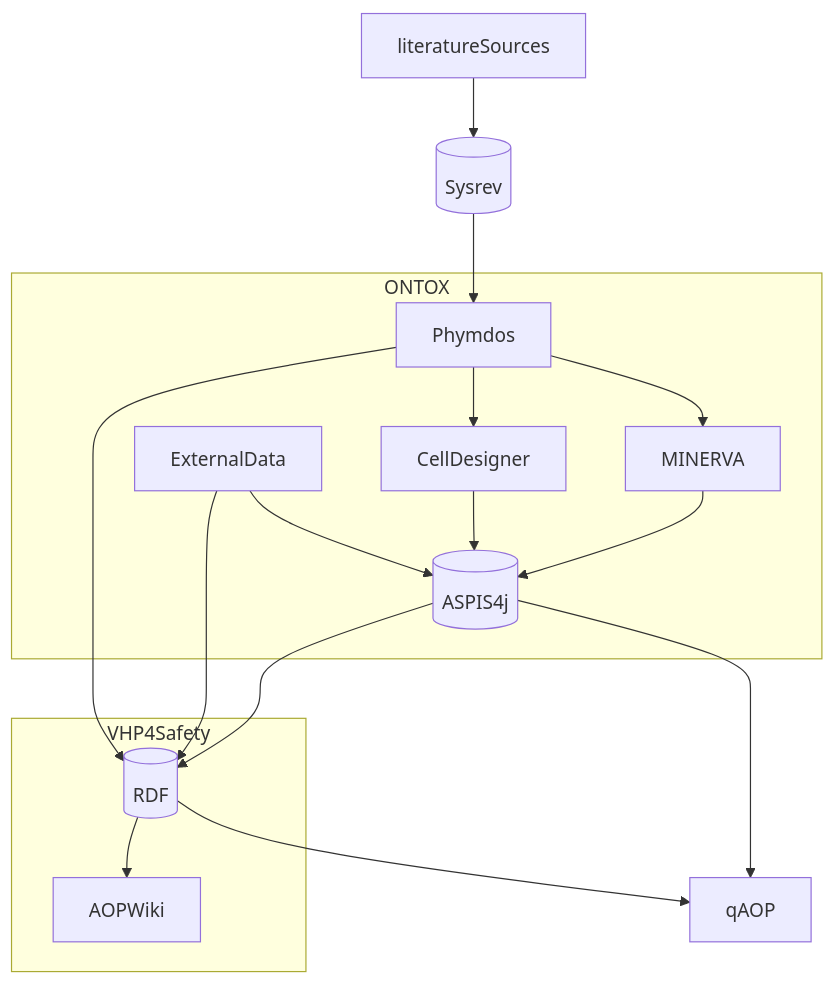
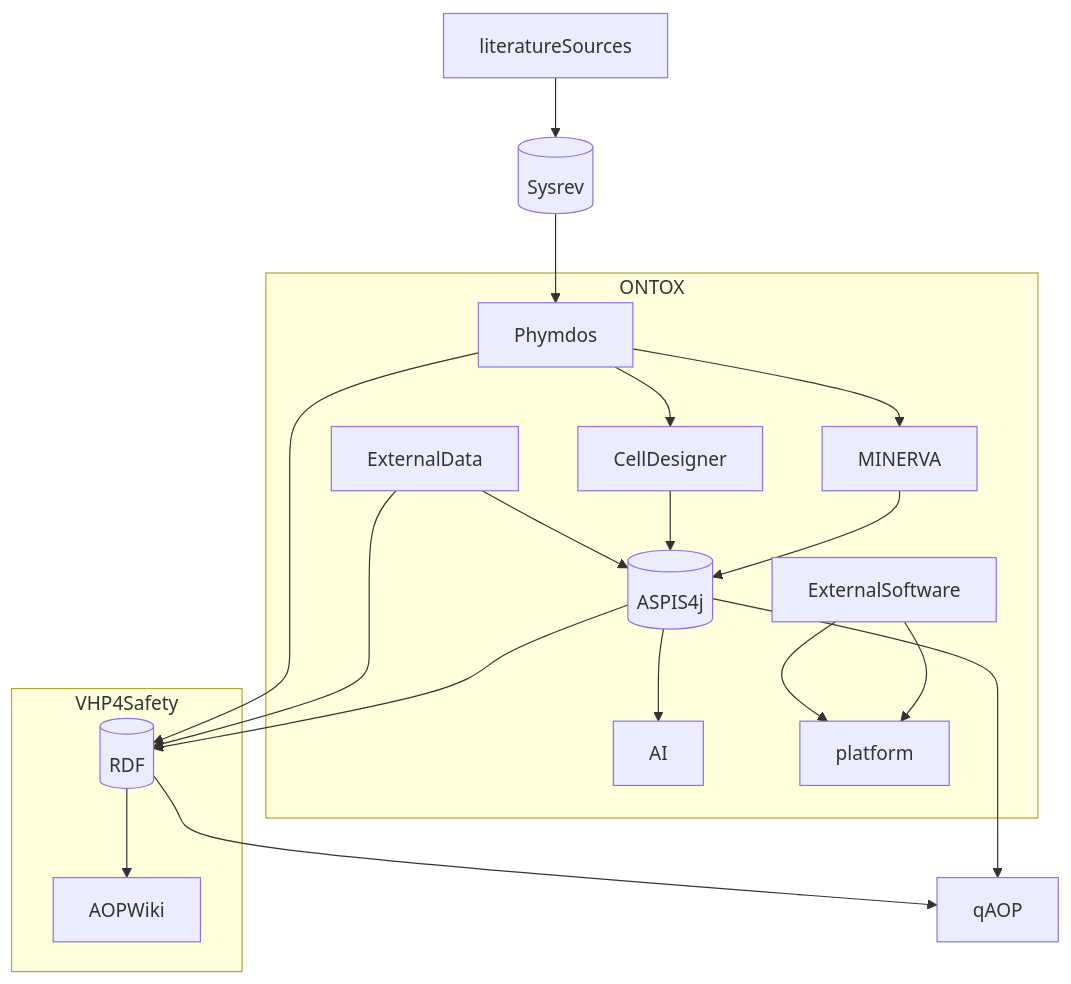
Before and after one commit to ontox-hu/workflows: the diagram in ONTOX-vs-VHP4Safety.md, drawn with Mermaid.

````diff
--- a/ONTOX-vs-VHP4Safety.md
+++ b/ONTOX-vs-VHP4Safety.md
@@ -1,27 +1,29 @@
 ```mermaid
 flowchart TB
     literatureSources-->Sysrev[(Sysrev)]
     Sysrev[(Sysrev)]-->Phymdos
     
     subgraph ONTOX
     Phymdos-->MINERVA
     Phymdos-->CellDesigner
     ExternalData-->ASPIS4j[(ASPIS4j)]
     CellDesigner-->ASPIS4j[(ASPIS4j)]
     MINERVA-->ASPIS4j[(ASPIS4j)]
-    
+    ASPIS4j[(ASPIS4j)]-->AI
+    ExternalSoftware-->platform
     end
     
     
     subgraph VHP4Safety
     Phymdos-->RDF[(RDF)]
     RDF[(RDF)]-->AOPWiki
     ExternalData-->RDF[(RDF)]
-    
+    ExternalSoftware-->platform
     end
     RDF[(RDF)]-->qAOP
     ASPIS4j[(ASPIS4j)]-->qAOP
     ASPIS4j[(ASPIS4j)]-->RDF[(RDF)]
     
     
+    
 ```
````
